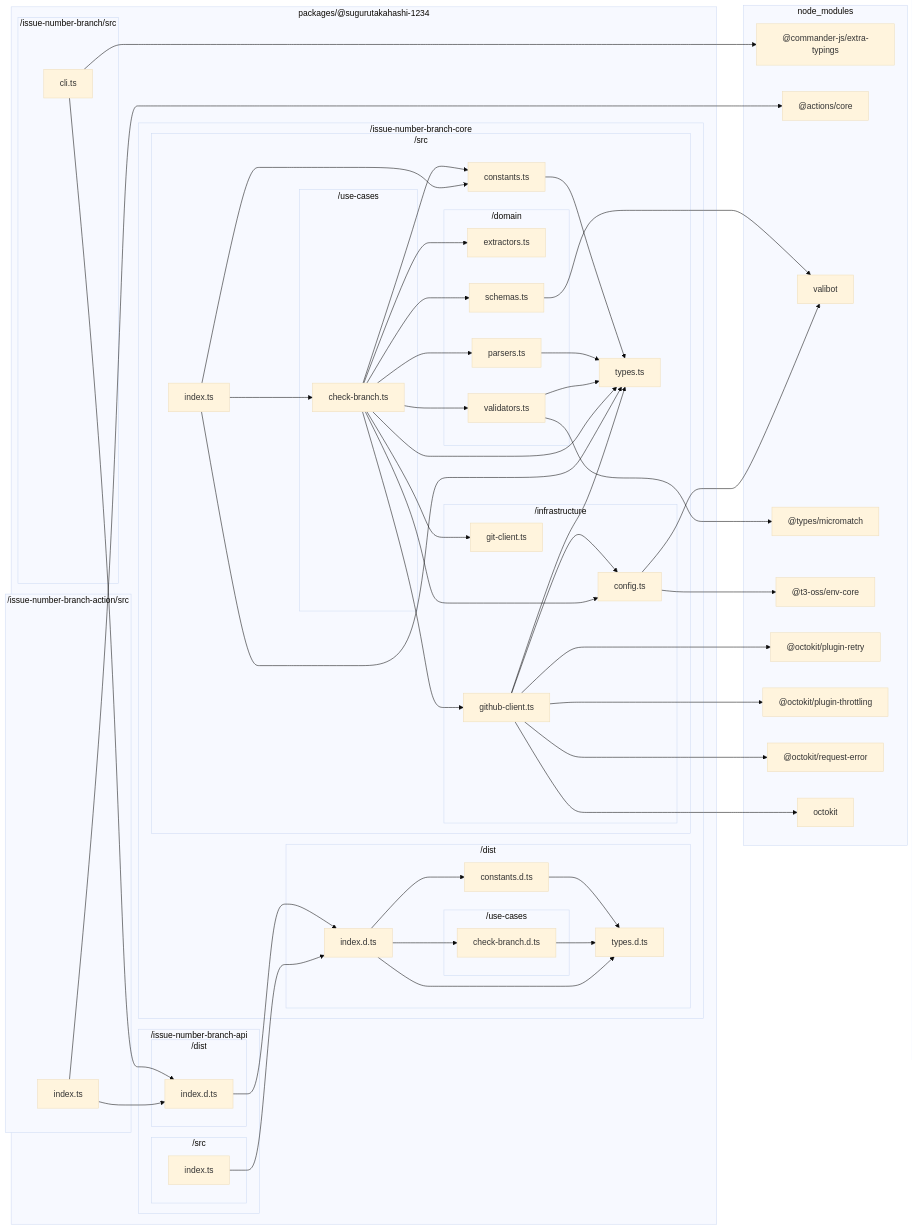
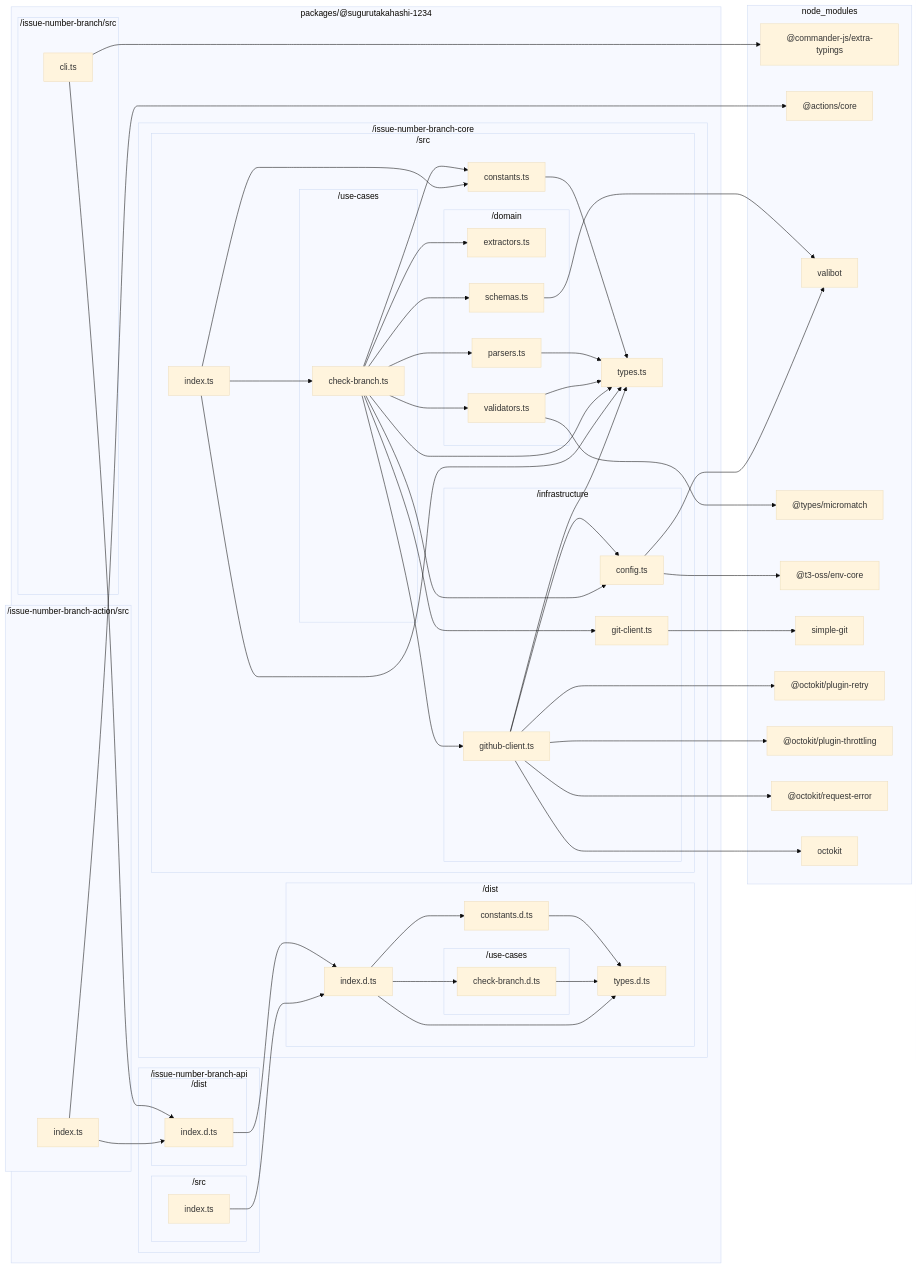
The diagram in docs/reports/dependencies/all.md (sugurutakahashi-1234/issue-linker), drawn with Mermaid (base theme) before and after one commit. The commit also changed 21 other files, not shown here.

```diff
--- a/docs/reports/dependencies/all.md
+++ b/docs/reports/dependencies/all.md
@@ -57,6 +57,7 @@
         node//modules/valibot/dist/index.d.cts["valibot"]
         node//modules///types/micromatch/index.d.ts["@types/micromatch"]
         node//modules///t3//oss/env//core/dist/index.d.ts["@t3-oss/env-core"]
+        node//modules/simple//git/dist/typings/index.d.ts["simple-git"]
         node//modules///octokit/plugin//retry/dist//types/index.d.ts["@octokit/plugin-retry"]
         node//modules///octokit/plugin//throttling/dist//types/index.d.ts["@octokit/plugin-throttling"]
         node//modules///octokit/request//error/dist//types/index.d.ts["@octokit/request-error"]
@@ -80,6 +81,7 @@
     packages///sugurutakahashi//1234/issue//number//branch//core/src/domain/validators.ts-->packages///sugurutakahashi//1234/issue//number//branch//core/src/types.ts
     packages///sugurutakahashi//1234/issue//number//branch//core/src/infrastructure/config.ts-->node//modules///t3//oss/env//core/dist/index.d.ts
     packages///sugurutakahashi//1234/issue//number//branch//core/src/infrastructure/config.ts-->node//modules/valibot/dist/index.d.cts
+    packages///sugurutakahashi//1234/issue//number//branch//core/src/infrastructure/git//client.ts-->node//modules/simple//git/dist/typings/index.d.ts
     packages///sugurutakahashi//1234/issue//number//branch//core/src/infrastructure/github//client.ts-->node//modules///octokit/plugin//retry/dist//types/index.d.ts
     packages///sugurutakahashi//1234/issue//number//branch//core/src/infrastructure/github//client.ts-->node//modules///octokit/plugin//throttling/dist//types/index.d.ts
     packages///sugurutakahashi//1234/issue//number//branch//core/src/infrastructure/github//client.ts-->node//modules///octokit/request//error/dist//types/index.d.ts
```
